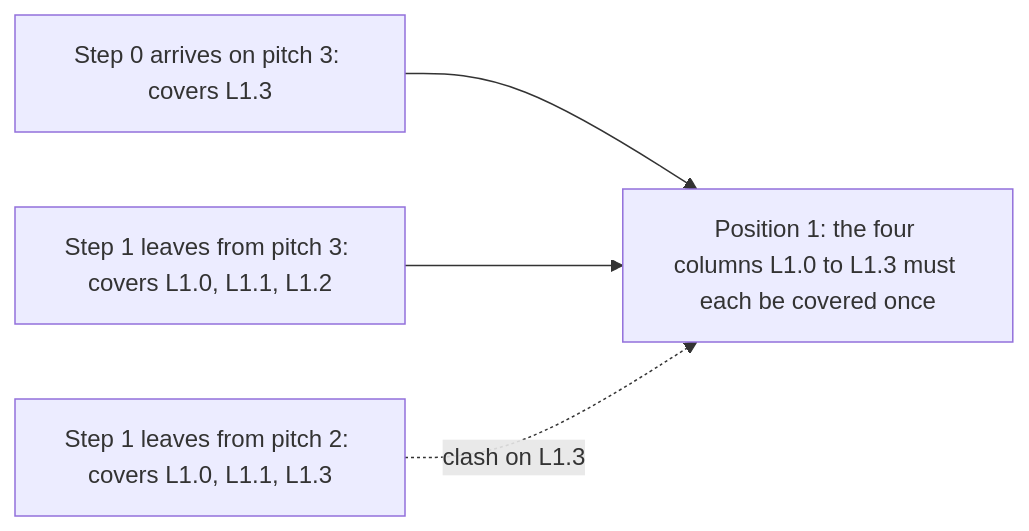
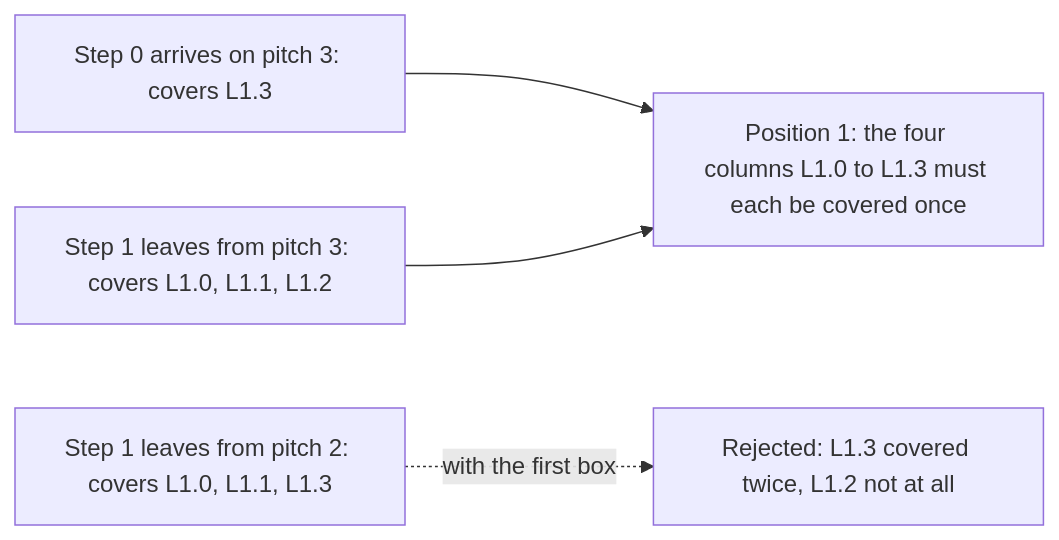
The diagram in examples/twelvetone/README.md (dimchansky/dlx), drawn with Mermaid before and after one commit. The commit also changed other lines of this file and 4 other files, not shown here.

````diff
--- a/examples/twelvetone/README.md
+++ b/examples/twelvetone/README.md
@@ -81,6 +81,6 @@
 ```mermaid
 flowchart LR
     A["Step 0 arrives on pitch 3: covers L1.3"] --> P["Position 1: the four columns L1.0 to L1.3 must each be covered once"]
     B["Step 1 leaves from pitch 3: covers L1.0, L1.1, L1.2"] --> P
-    C["Step 1 leaves from pitch 2: covers L1.0, L1.1, L1.3"] -. "clash on L1.3" .-> P
+    C["Step 1 leaves from pitch 2: covers L1.0, L1.1, L1.3"] -. "with the first box" .-> R["Rejected: L1.3 covered twice, L1.2 not at all"]
 ```
````
